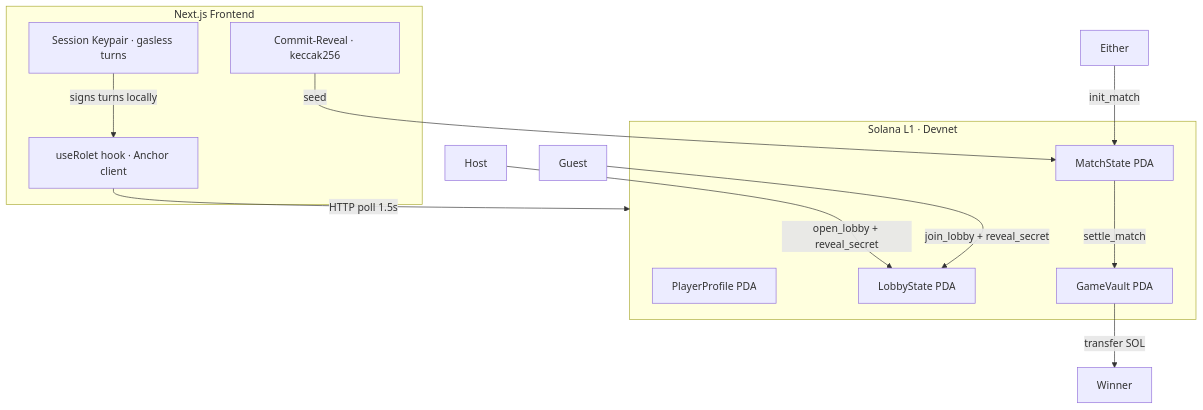
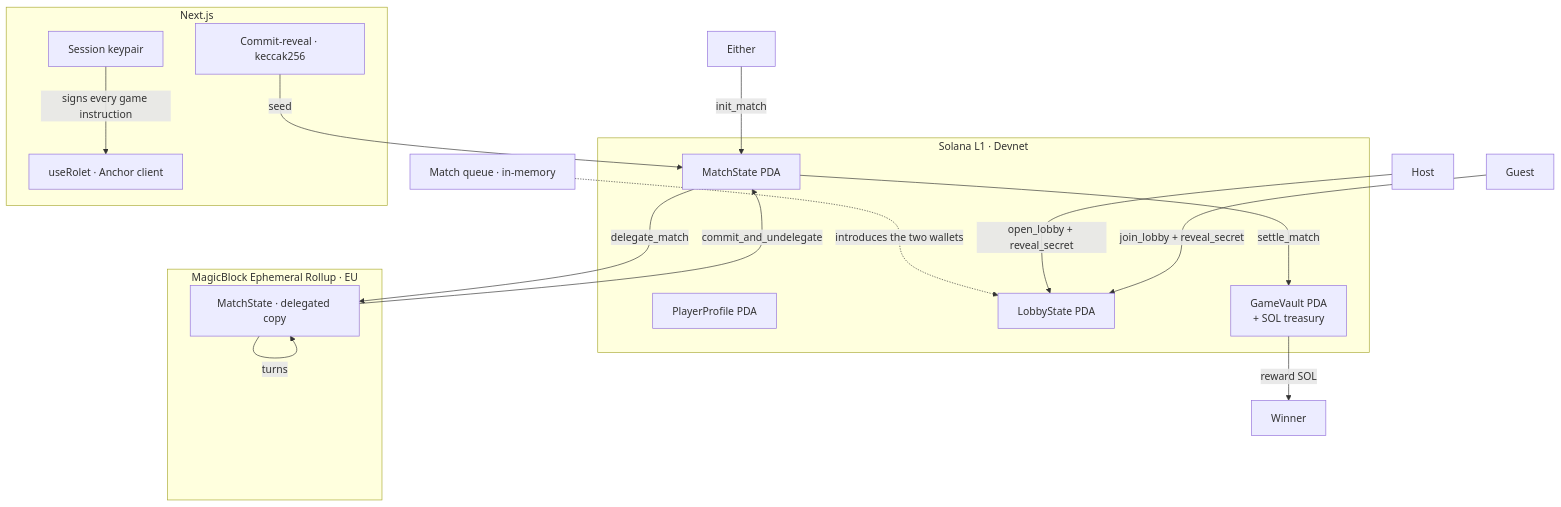
One commit to SmtDcs/rolet changed the diagram in README.md. Above: the diagram before and after it, drawn with Mermaid. The commit also changed other lines of this file and 3 other files, not shown here.

First line of the commit message:
docs: rewrite the README for the rollup and session-key build

````diff
--- a/README.md
+++ b/README.md
@@ -88,25 +73,32 @@
 ```mermaid
 graph TD
-    subgraph Solana["Solana L1 · Devnet"]
+    subgraph L1["Solana L1 · Devnet"]
         PP[PlayerProfile PDA]
         LS[LobbyState PDA]
         MS[MatchState PDA]
-        GV[GameVault PDA]
+        GV[GameVault PDA<br/>+ SOL treasury]
     end
 
-    subgraph Frontend["Next.js Frontend"]
-        UR[useRolet hook · Anchor client]
-        SK[Session Keypair · gasless turns]
-        CR[Commit-Reveal · keccak256]
+    subgraph ER["MagicBlock Ephemeral Rollup · EU"]
+        MSR[MatchState · delegated copy]
     end
 
+    subgraph Frontend["Next.js"]
+        UR[useRolet · Anchor client]
+        SK[Session keypair]
+        CR[Commit-reveal · keccak256]
+    end
+
+    Q[Match queue · in-memory] -.introduces the two wallets.-> LS
     Host -->|open_lobby + reveal_secret| LS
     Guest -->|join_lobby + reveal_secret| LS
     Either -->|init_match| MS
+    MS -->|delegate_match| MSR
+    MSR -->|turns| MSR
+    MSR -->|commit_and_undelegate| MS
     MS -->|settle_match| GV
-    GV -->|transfer SOL| Winner
+    GV -->|reward SOL| Winner
 
-    UR -->|HTTP poll 1.5s| Solana
-    SK -->|signs turns locally| UR
+    SK -->|signs every game instruction| UR
     CR -->|seed| MS
 ```
````
